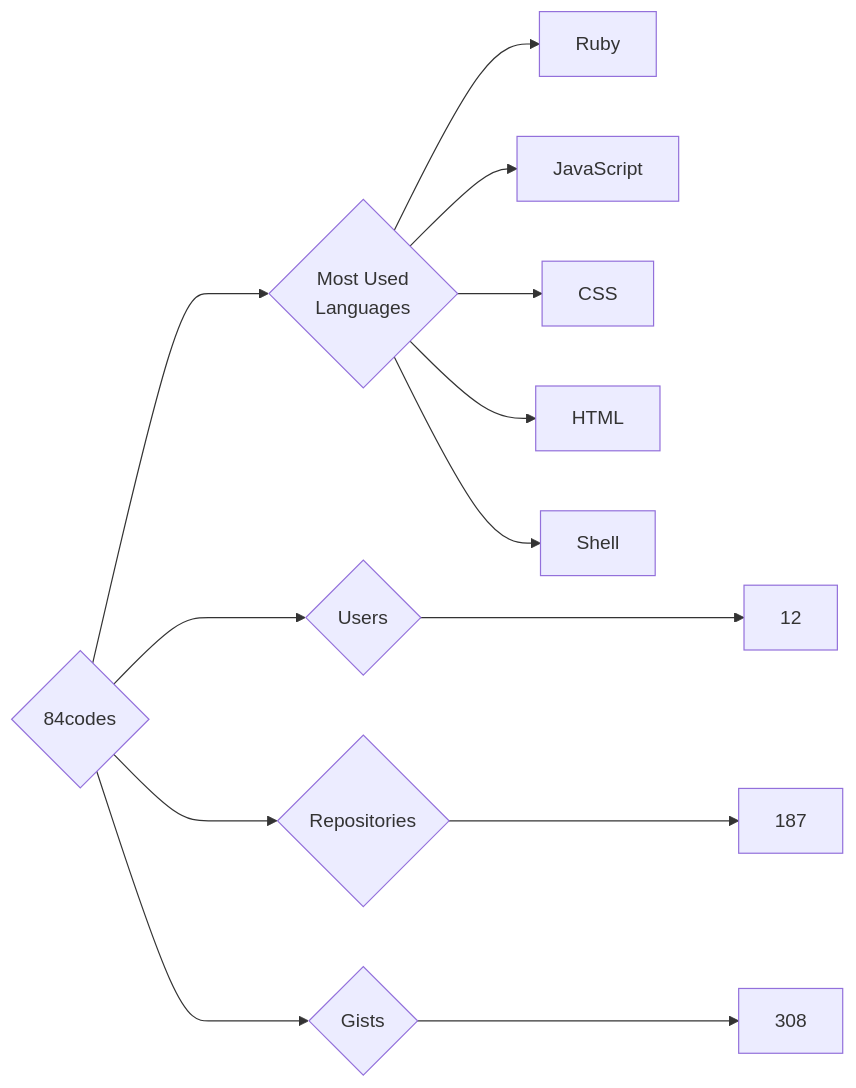
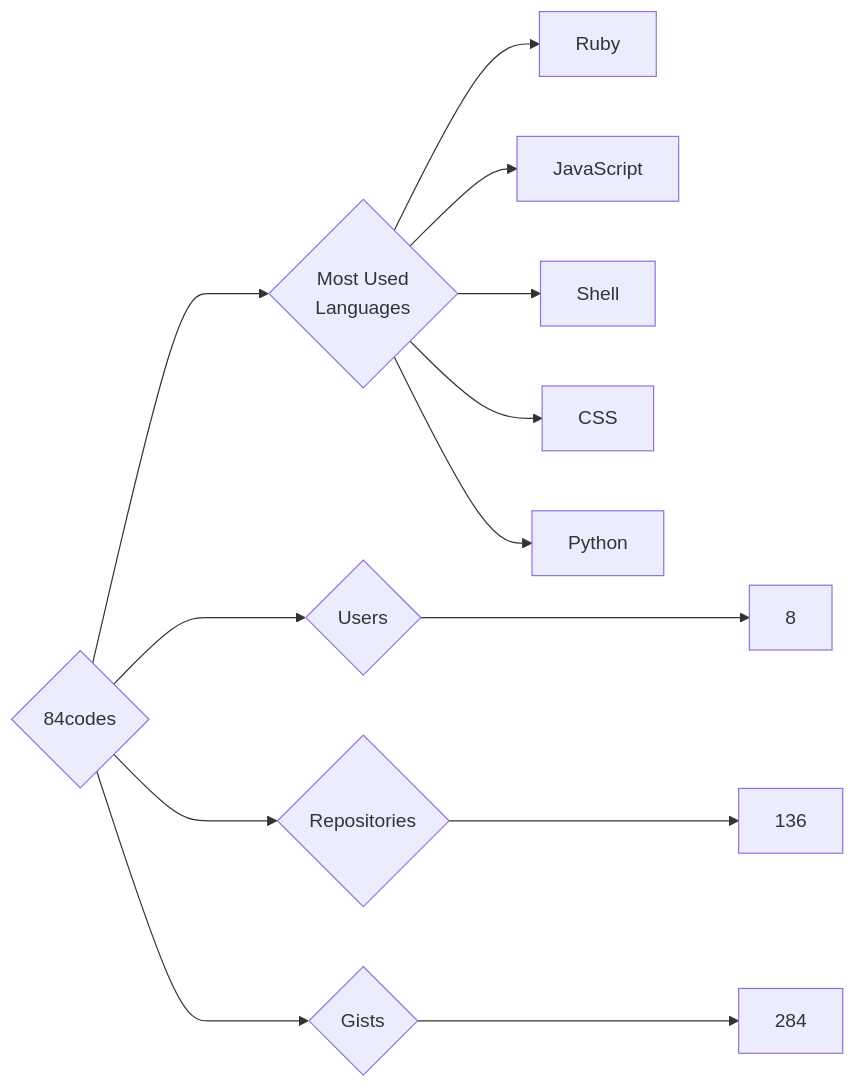
One commit to trickest/insiders changed the diagram in targets/84codes/README.md. Above: the diagram before and after it, drawn with Mermaid. The commit also changed 786 other files, not shown here.

````diff
--- a/targets/84codes/README.md
+++ b/targets/84codes/README.md
@@ -3,13 +3,13 @@
 ```mermaid
 graph LR
 COMPANY_NAME{84codes}
-COMPANY_NAME ---> U{Users} ---> UN[12]
-COMPANY_NAME ---> R{Repositories} ---> RN[187]
-COMPANY_NAME ---> G{Gists} ---> GN[308]
+COMPANY_NAME ---> U{Users} ---> UN[8]
+COMPANY_NAME ---> R{Repositories} ---> RN[136]
+COMPANY_NAME ---> G{Gists} ---> GN[284]
 COMPANY_NAME ---> ML{Most Used<br>Languages}
 ML --> Ruby[Ruby]
 ML --> JavaScript[JavaScript]
+ML --> Shell[Shell]
 ML --> CSS[CSS]
-ML --> HTML[HTML]
-ML --> Shell[Shell]
+ML --> Python[Python]
 ```
````
